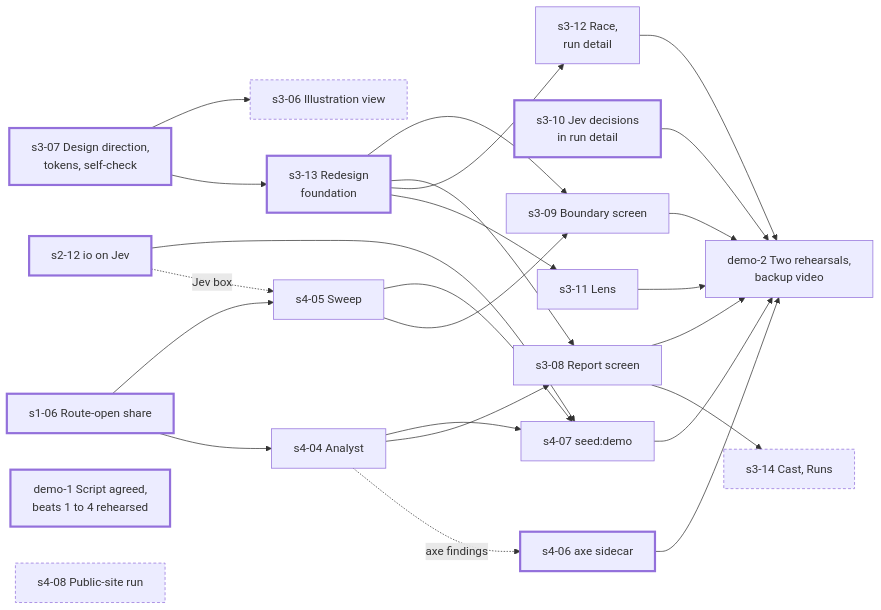
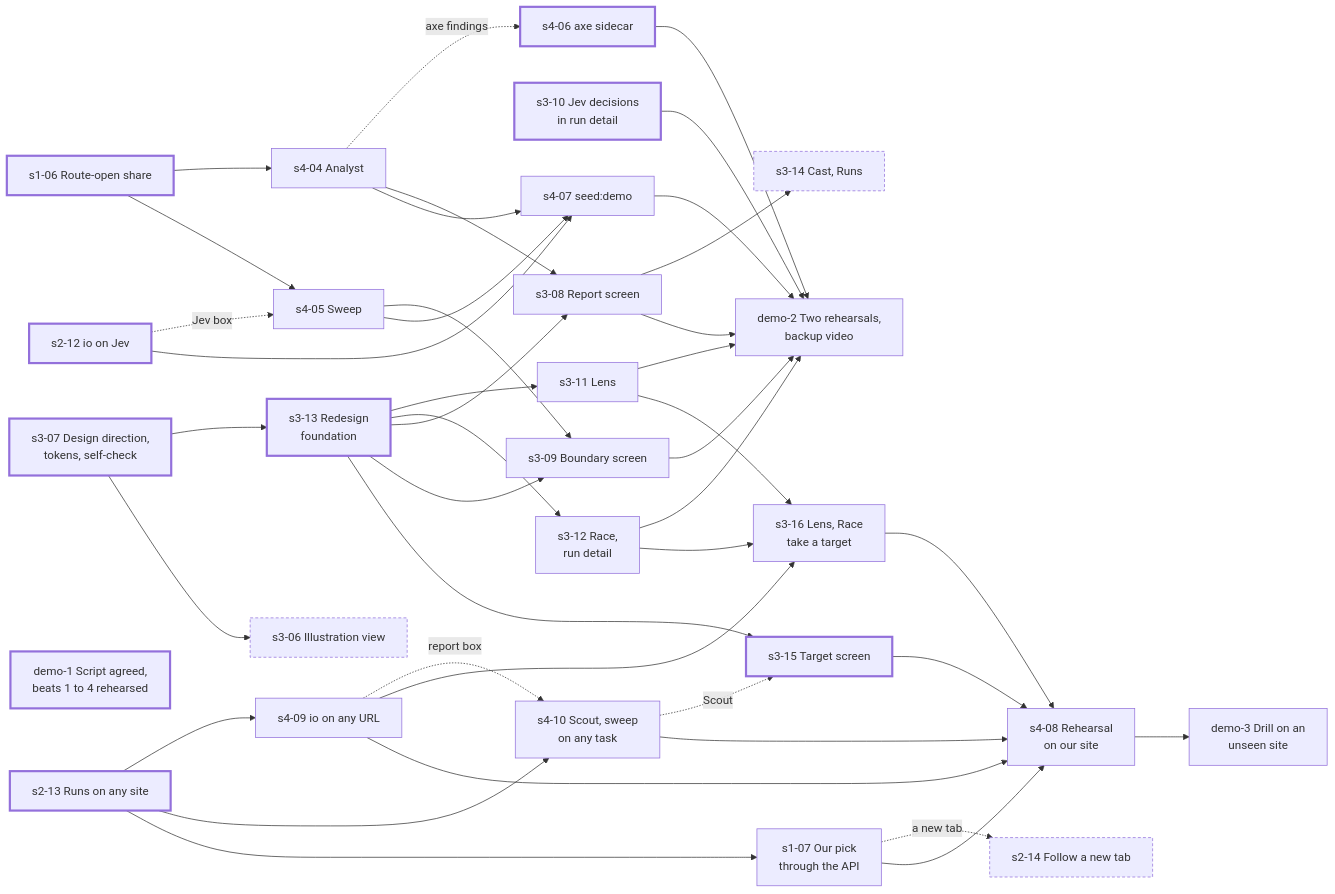
Before and after one commit to CShark-Hub/wayford: the diagram in docs/ROADMAP.md, drawn with Mermaid. The commit also changed other lines of this file and 13 other files, not shown here.

First line of the commit message:
ADR 0003: any target for the finals, its tasks, and what next (#180)

````diff
--- a/docs/ROADMAP.md
+++ b/docs/ROADMAP.md
@@ -148,53 +158,78 @@
 ```mermaid
 flowchart LR
   classDef ready stroke-width:3px
   classDef optional stroke-dasharray:4 3
 
 
   s3_07["s3-07 Design direction,<br/>tokens, self-check"]
   s3_13["s3-13 Redesign<br/>foundation"]
   s1_06["s1-06 Route-open share"]
   s4_06["s4-06 axe sidecar"]
   s2_12["s2-12 io on Jev"]
   s3_10["s3-10 Jev decisions<br/>in run detail"]
   s4_04["s4-04 Analyst"]
   s4_05["s4-05 Sweep"]
   s3_11["s3-11 Lens"]
   s3_12["s3-12 Race,<br/>run detail"]
   s3_08["s3-08 Report screen"]
   s3_09["s3-09 Boundary screen"]
   s3_14["s3-14 Cast, Runs"]
   s4_07["s4-07 seed:demo"]
   demo1["demo-1 Script agreed,<br/>beats 1 to 4 rehearsed"]
   demo2["demo-2 Two rehearsals,<br/>backup video"]
 
   s3_06["s3-06 Illustration view"]
-  s4_08["s4-08 Public-site run"]
+
+  s2_13["s2-13 Runs on any site"]
+  s2_14["s2-14 Follow a new tab"]
+  s4_09["s4-09 io on any URL"]
+  s4_10["s4-10 Scout, sweep<br/>on any task"]
+  s3_15["s3-15 Target screen"]
+  s3_16["s3-16 Lens, Race<br/>take a target"]
+  s4_08["s4-08 Rehearsal<br/>on our site"]
+  s1_07["s1-07 Our pick<br/>through the API"]
+  demo3["demo-3 Drill on an<br/>unseen site"]
 
   s1_06 --> s4_04
   s1_06 --> s4_05
   s4_04 -. axe findings .-> s4_06
   s2_12 -. Jev box .-> s4_05
   s3_07 --> s3_13
   s3_13 --> s3_11
   s3_13 --> s3_12
   s4_04 --> s3_08
   s3_13 --> s3_08
   s4_05 --> s3_09
   s3_13 --> s3_09
   s3_08 --> s3_14
   s4_04 --> s4_07
   s4_05 --> s4_07
   s2_12 --> s4_07
   s4_07 --> demo2
   s3_08 --> demo2
   s3_09 --> demo2
   s3_11 --> demo2
   s3_12 --> demo2
   s3_10 --> demo2
   s4_06 --> demo2
   s3_07 --> s3_06
+  s2_13 --> s4_09
+  s2_13 --> s4_10
+  s4_09 -. report box .-> s4_10
+  s3_13 --> s3_15
+  s4_10 -. Scout .-> s3_15
+  s3_11 --> s3_16
+  s3_12 --> s3_16
+  s4_09 --> s3_16
+  s2_13 --> s1_07
+  s1_07 -. a new tab .-> s2_14
+  s1_07 --> s4_08
+  s4_09 --> s4_08
+  s4_10 --> s4_08
+  s3_15 --> s4_08
+  s3_16 --> s4_08
+  s4_08 --> demo3
 
-  class s3_07,s3_13,s1_06,s4_06,s2_12,s3_10,demo1 ready
-  class s3_06,s4_08,s3_14 optional
+  class s3_07,s3_13,s1_06,s4_06,s2_12,s3_10,demo1,s2_13,s3_15 ready
+  class s3_06,s3_14,s2_14 optional
 ```
````
